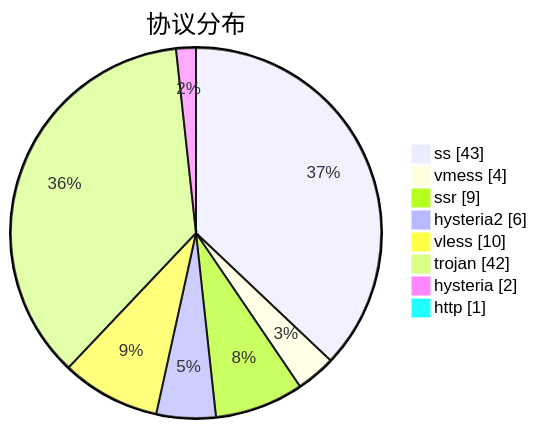
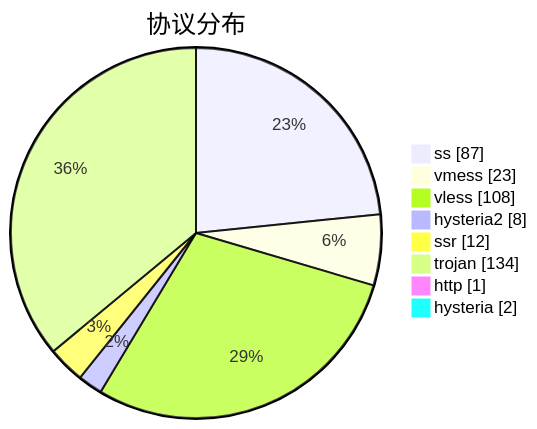
One commit to sinspired/airport changed the third of 3 diagrams in subs/statistics/tested_within.md. Above: the diagram before and after it, drawn with Mermaid. The commit also changed other lines of this file and 2 other files, not shown here.

````diff
--- a/subs/statistics/tested_within.md
+++ b/subs/statistics/tested_within.md
@@ -47,12 +64,12 @@
 ```mermaid
 pie showData
 title 协议分布
-"ss" : 43
-"vmess" : 4
-"ssr" : 9
-"hysteria2" : 6
-"vless" : 10
-"trojan" : 42
+"ss" : 87
+"vmess" : 23
+"vless" : 108
+"hysteria2" : 8
+"ssr" : 12
+"trojan" : 134
+"http" : 1
 "hysteria" : 2
-"http" : 1
 ```
````
